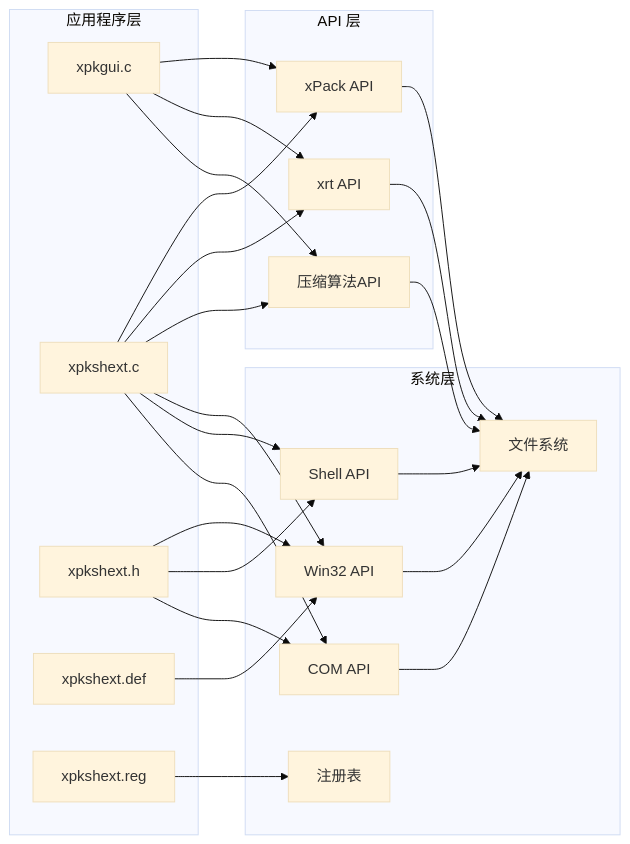
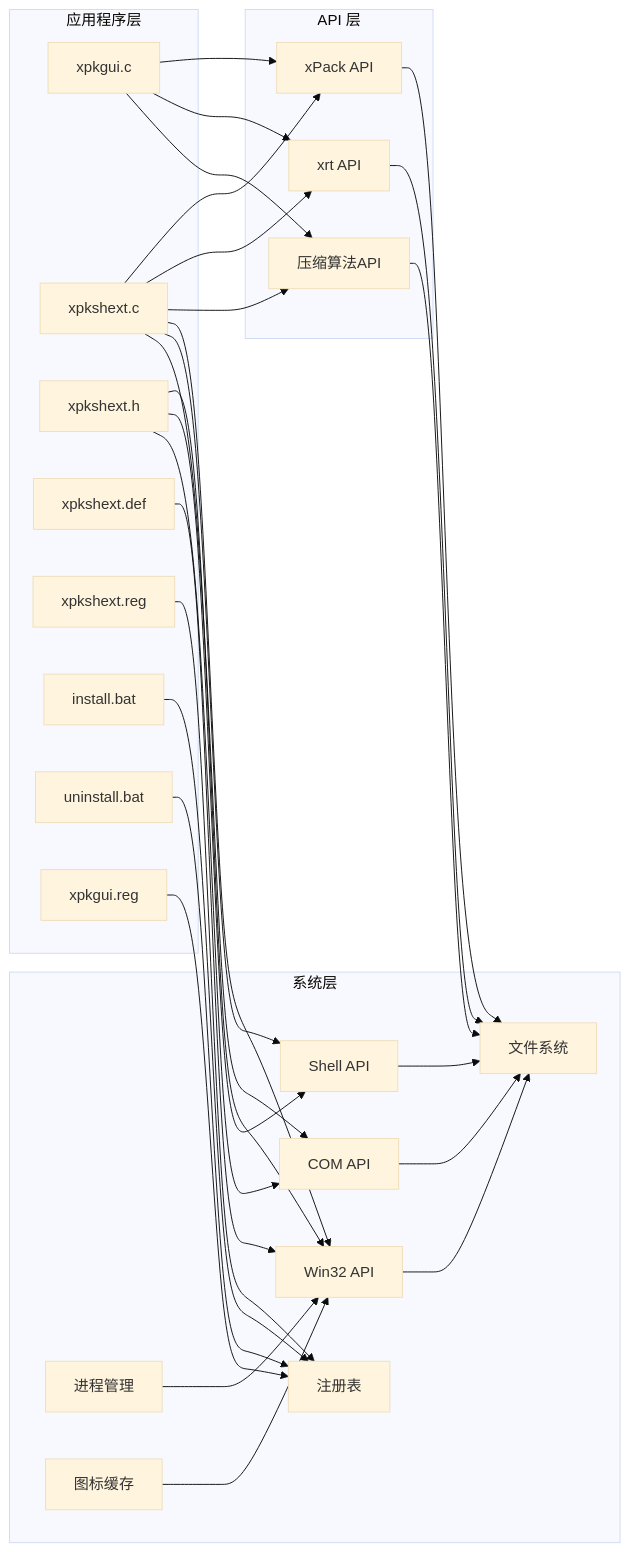
Diagram 13 of 14 in .qoder/repowiki/zh/content/开发者指南/xpkgui 图形界面工具.md (xywhsoft/xpack), drawn with Mermaid (base theme) before and after one commit. The commit also changed other lines of this file and 6 other files, not shown here.

````diff
--- a/.qoder/repowiki/zh/content/开发者指南/xpkgui 图形界面工具.md
+++ b/.qoder/repowiki/zh/content/开发者指南/xpkgui 图形界面工具.md
@@ -656,42 +896,52 @@
 ```mermaid
 graph LR
 subgraph "应用程序层"
 A[xpkgui.c]
 B[xpkshext.c]
 C[xpkshext.h]
 D[xpkshext.def]
 E[xpkshext.reg]
+F[install.bat]
+G[uninstall.bat]
+H[xpkgui.reg]
 end
 subgraph "API 层"
-F[xPack API]
-G[xrt API]
-H[压缩算法API]
+I[xPack API]
+J[xrt API]
+K[压缩算法API]
 end
 subgraph "系统层"
-I[Win32 API]
-J[文件系统]
-K[注册表]
-L[Shell API]
-M[COM API]
+L[Win32 API]
+M[文件系统]
+N[注册表]
+O[Shell API]
+P[COM API]
+Q[进程管理]
+R[图标缓存]
 end
-A --> F
-A --> G
-A --> H
-B --> F
-B --> G
-B --> H
+A --> I
+A --> J
+A --> K
 B --> I
+B --> J
+B --> K
 B --> L
-B --> M
-C --> I
+B --> O
+B --> P
 C --> L
-C --> M
-D --> I
-E --> K
-F --> J
-G --> J
-H --> J
-I --> J
-L --> J
-M --> J
+C --> O
+C --> P
+D --> L
+E --> N
+F --> N
+G --> N
+H --> N
+I --> M
+J --> M
+K --> M
+L --> M
+O --> M
+P --> M
+Q --> L
+R --> L
 ```
````
